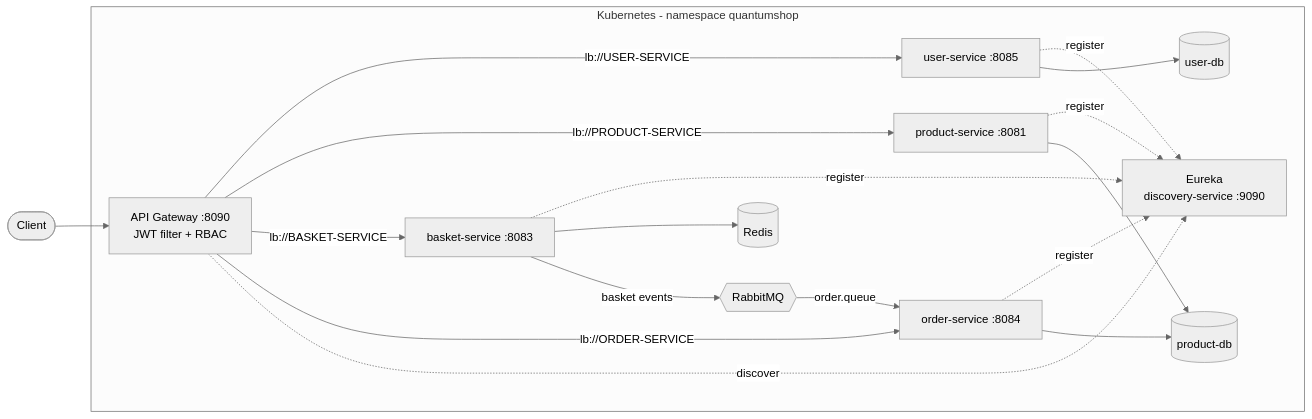
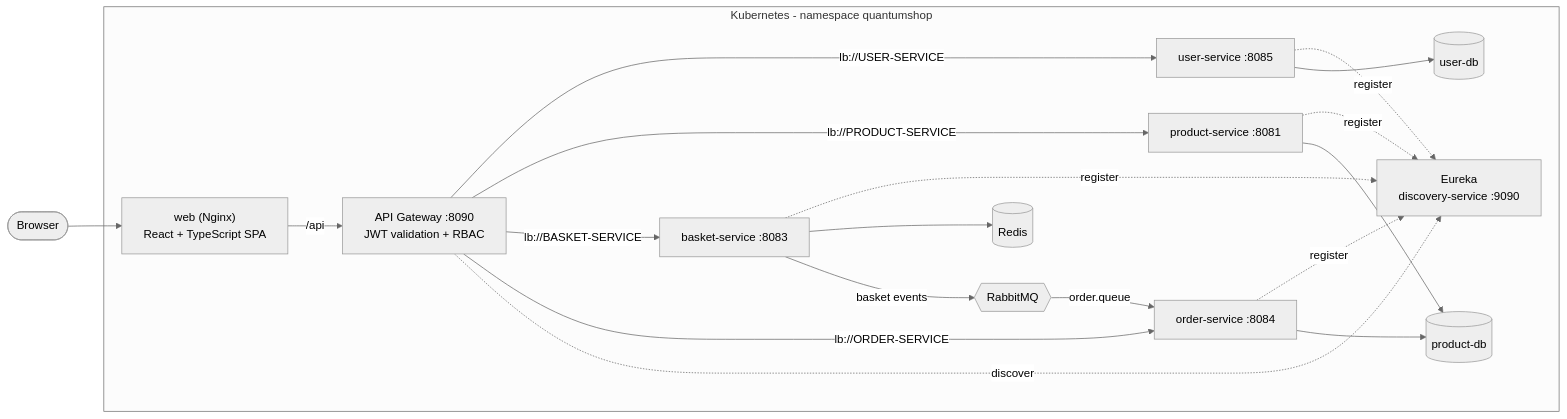
The first of 3 diagrams in README.md (cengiztansel/quantumshop), drawn with Mermaid (neutral theme) before and after one commit. The commit also changed other lines of this file and 5 other files, not shown here.

````diff
--- a/README.md
+++ b/README.md
@@ -15,35 +34,37 @@
 ```mermaid
 flowchart LR
-    Client([Client]) --> GW
+    User([Browser]) --> WEB
 
     subgraph K8S["Kubernetes - namespace quantumshop"]
-        GW["API Gateway :8090<br/>JWT filter + RBAC"]
+        WEB["web (Nginx)<br/>React + TypeScript SPA"]
+        GW["API Gateway :8090<br/>JWT validation + RBAC"]
         EU["Eureka<br/>discovery-service :9090"]
         US["user-service :8085"]
         PS["product-service :8081"]
         BS["basket-service :8083"]
         OS["order-service :8084"]
         UDB[("user-db")]
         PDB[("product-db")]
         RD[("Redis")]
         MQ{{"RabbitMQ"}}
     end
 
-    GW -->|lb://USER-SERVICE| US
-    GW -->|lb://PRODUCT-SERVICE| PS
-    GW -->|lb://BASKET-SERVICE| BS
-    GW -->|lb://ORDER-SERVICE| OS
+    WEB -->|"/api"| GW
+    GW -->|"lb://USER-SERVICE"| US
+    GW -->|"lb://PRODUCT-SERVICE"| PS
+    GW -->|"lb://BASKET-SERVICE"| BS
+    GW -->|"lb://ORDER-SERVICE"| OS
 
-    US -.register.-> EU
-    PS -.register.-> EU
-    BS -.register.-> EU
-    OS -.register.-> EU
-    GW -.discover.-> EU
+    US -. register .-> EU
+    PS -. register .-> EU
+    BS -. register .-> EU
+    OS -. register .-> EU
+    GW -. discover .-> EU
 
     US --> UDB
     PS --> PDB
     OS --> PDB
     BS --> RD
-    BS -->|basket events| MQ
-    MQ -->|order.queue| OS
+    BS -->|"basket events"| MQ
+    MQ -->|"order.queue"| OS
 ```
````
